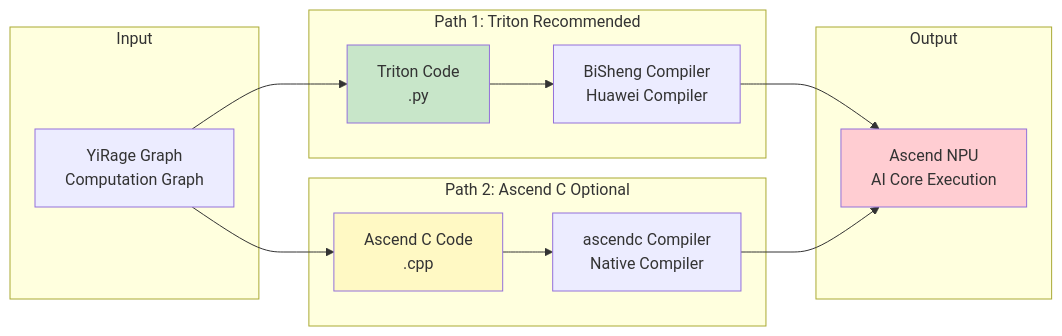
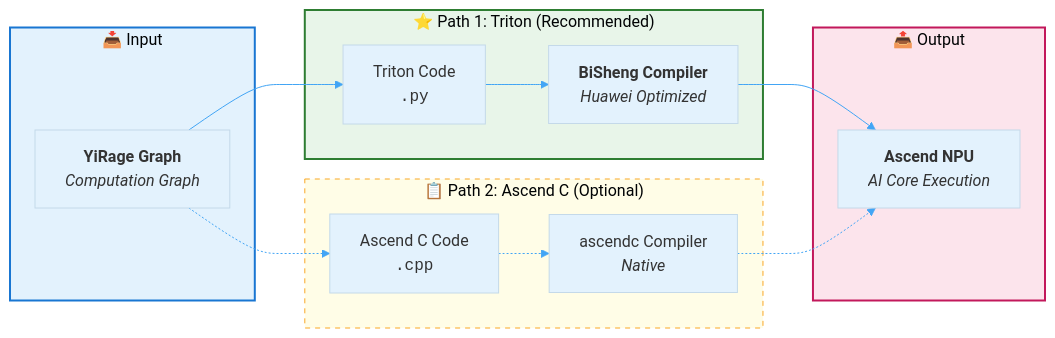
One commit to chenxingqiang/YiRage changed the first of 2 diagrams in docs/ascend_quick_start.md. Above: the diagram before and after it, drawn with Mermaid. The commit also changed other lines of this file and 3 other files, not shown here.

First line of the commit message:
docs: upgrade Mermaid diagrams to professional style

````diff
--- a/docs/ascend_quick_start.md
+++ b/docs/ascend_quick_start.md
@@ -69,27 +69,29 @@
 ```mermaid
+%%{init: {'theme': 'base', 'themeVariables': { 'primaryColor': '#e3f2fd', 'lineColor': '#42a5f5'}}}%%
 flowchart LR
-    subgraph "Input"
-        A[YiRage Graph<br/>Computation Graph]
+    subgraph INPUT["📥 Input"]
+        A["<b>YiRage Graph</b><br/><i>Computation Graph</i>"]
     end
 
-    subgraph "Path 1: Triton Recommended"
-        B[Triton Code<br/>.py]
-        C[BiSheng Compiler<br/>Huawei Compiler]
+    subgraph PATH1["⭐ Path 1: Triton (Recommended)"]
+        B["Triton Code<br/><code>.py</code>"]
+        C["<b>BiSheng Compiler</b><br/><i>Huawei Optimized</i>"]
     end
 
-    subgraph "Path 2: Ascend C Optional"
-        D[Ascend C Code<br/>.cpp]
-        E[ascendc Compiler<br/>Native Compiler]
+    subgraph PATH2["📋 Path 2: Ascend C (Optional)"]
+        D["Ascend C Code<br/><code>.cpp</code>"]
+        E["ascendc Compiler<br/><i>Native</i>"]
     end
 
-    subgraph "Output"
-        F[Ascend NPU<br/>AI Core Execution]
+    subgraph OUTPUT["📤 Output"]
+        F["<b>Ascend NPU</b><br/><i>AI Core Execution</i>"]
     end
 
     A --> B --> C --> F
-    A --> D --> E --> F
+    A -.-> D -.-> E -.-> F
 
-    style B fill:#c8e6c9
-    style D fill:#fff9c4
-    style F fill:#ffcdd2
+    style INPUT fill:#e3f2fd,stroke:#1976d2,stroke-width:2px
+    style PATH1 fill:#e8f5e9,stroke:#2e7d32,stroke-width:2px
+    style PATH2 fill:#fffde7,stroke:#f9a825,stroke-width:1px,stroke-dasharray: 5 5
+    style OUTPUT fill:#fce4ec,stroke:#c2185b,stroke-width:2px
 ```
````
